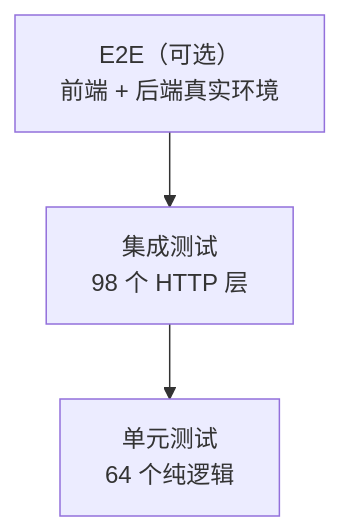
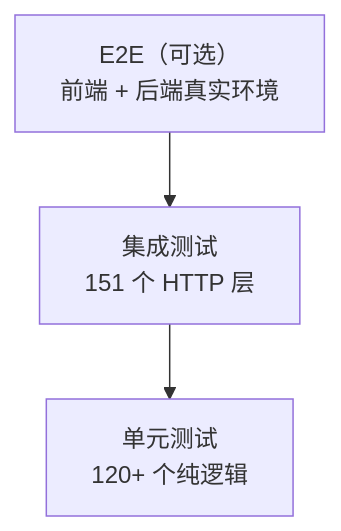
Before and after one commit to Forevery1021/Flamepanel: the diagram in Doc/09-测试指南.md, drawn with Mermaid. The commit also changed other lines of this file and 264 other files, not shown here.

````diff
--- a/Doc/09-测试指南.md
+++ b/Doc/09-测试指南.md
@@ -148,5 +150,5 @@
 ```mermaid
 flowchart TD
-    E2E["E2E（可选）<br/>前端 + 后端真实环境"] --> IT["集成测试<br/>98 个 HTTP 层"]
-    IT --> UT["单元测试<br/>64 个纯逻辑"]
+    E2E["E2E（可选）<br/>前端 + 后端真实环境"] --> IT["集成测试<br/>151 个 HTTP 层"]
+    IT --> UT["单元测试<br/>120+ 个纯逻辑"]
 ```
````
